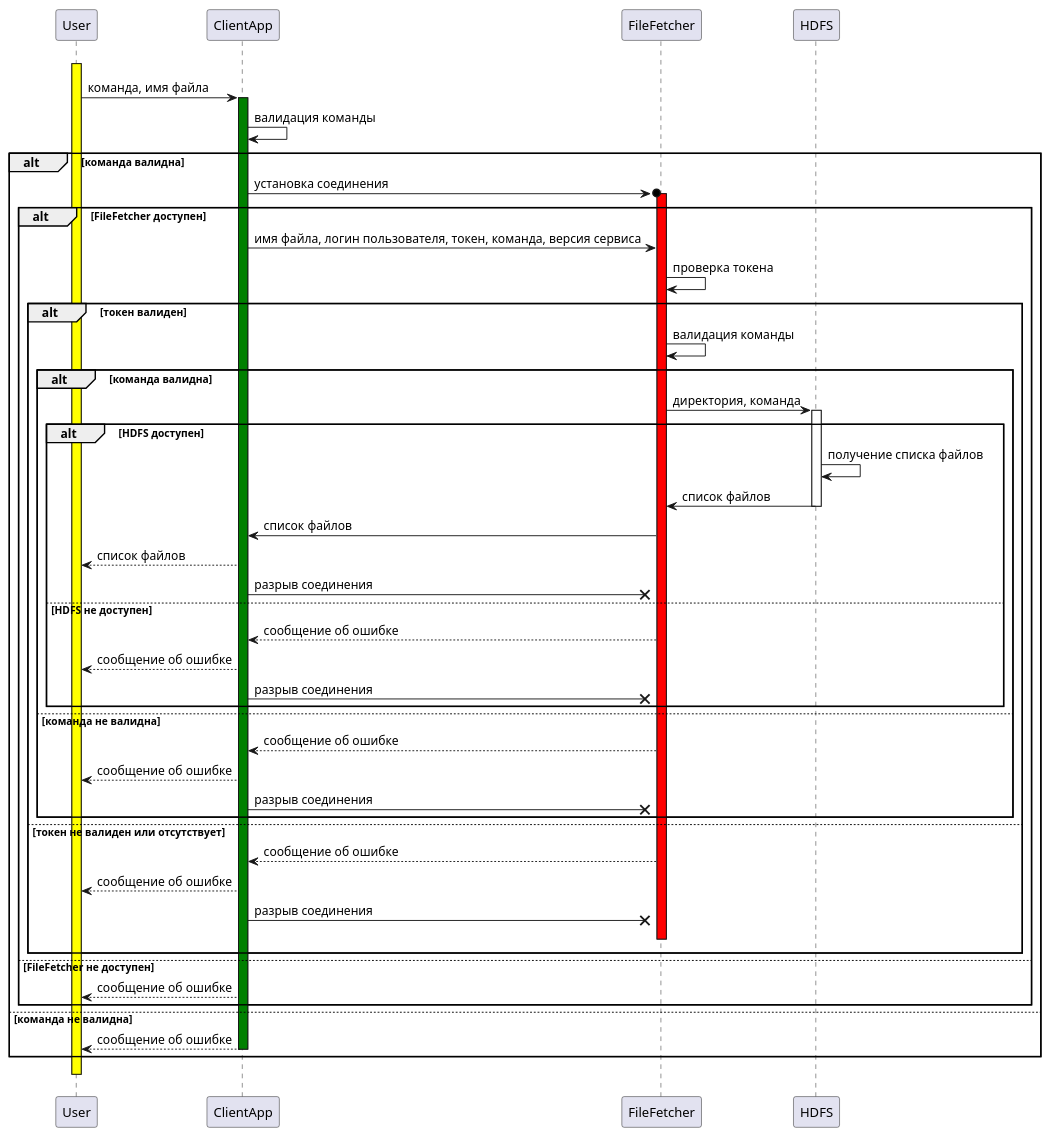
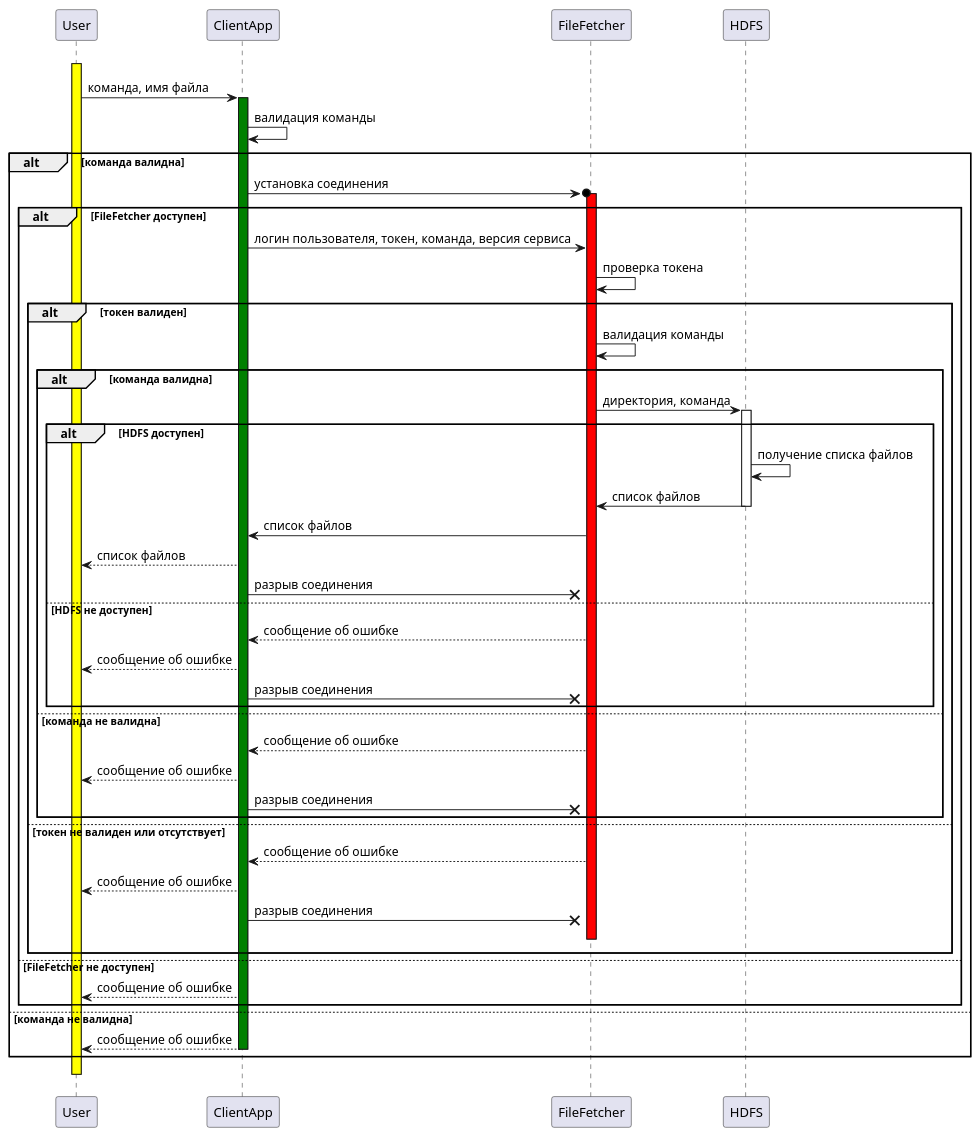
The diagram in docs/uml/sequence diagrams/fetchFileListSequenceDiagram.puml (sberdyshev/java-file-handling), drawn with PlantUML before and after one commit.

Commit message:
Fixed fetch file list diagram

```diff
--- a/docs/uml/sequence diagrams/fetchFileListSequenceDiagram.puml
+++ b/docs/uml/sequence diagrams/fetchFileListSequenceDiagram.puml
@@ -1,46 +1,46 @@
 @startuml
 
 User -[hidden]-> User ++ #yellow
 User -> ClientApp ++ #green: команда, имя файла
 ClientApp -> ClientApp: валидация команды
 
 alt команда валидна
   ClientApp ->o FileFetcher ++ #red: установка соединения
   alt FileFetcher доступен
-    ClientApp -> FileFetcher: имя файла, логин пользователя, токен, команда, версия сервиса
+    ClientApp -> FileFetcher: логин пользователя, токен, команда, версия сервиса
     FileFetcher -> FileFetcher: проверка токена
     alt токен валиден
       FileFetcher -> FileFetcher: валидация команды
       alt команда валидна
           FileFetcher -> HDFS ++ #white: директория, команда
           alt HDFS доступен
             HDFS -> HDFS: получение списка файлов
             HDFS -> FileFetcher -- #white: список файлов
             FileFetcher -> ClientApp: список файлов
             ClientApp --> User: список файлов
             ClientApp ->x FileFetcher: разрыв соединения
           else HDFS не доступен
             FileFetcher --> ClientApp: сообщение об ошибке
             ClientApp --> User: сообщение об ошибке
             ClientApp ->x FileFetcher: разрыв соединения
           end
       else команда не валидна
         FileFetcher --> ClientApp: сообщение об ошибке
         ClientApp --> User: сообщение об ошибке
         ClientApp ->x FileFetcher: разрыв соединения
       end
     else токен не валиден или отсутствует
       FileFetcher --> ClientApp: сообщение об ошибке
       ClientApp --> User: сообщение об ошибке
       ClientApp ->x FileFetcher: разрыв соединения
       FileFetcher -[hidden]-> FileFetcher -- #red
     end
   else FileFetcher не доступен
     ClientApp --> User: сообщение об ошибке
   end
 else команда не валидна
     ClientApp --> User -- #green: сообщение об ошибке
 end
 User -[hidden]-> User -- #yellow
 
 @enduml
```
